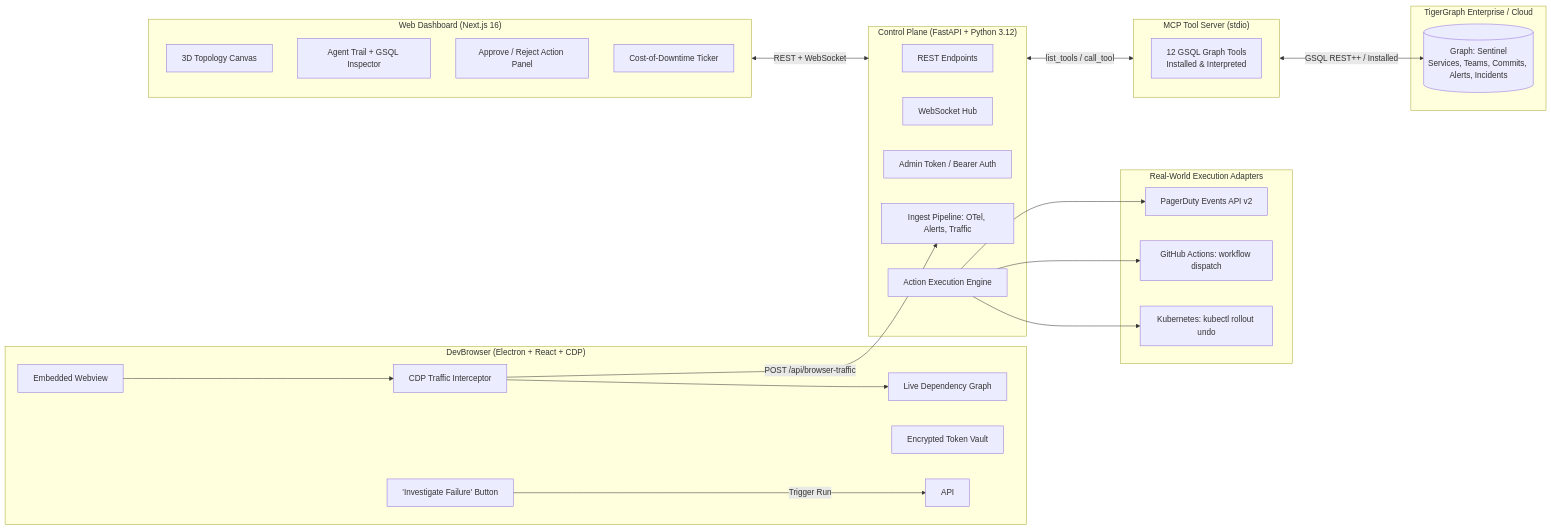
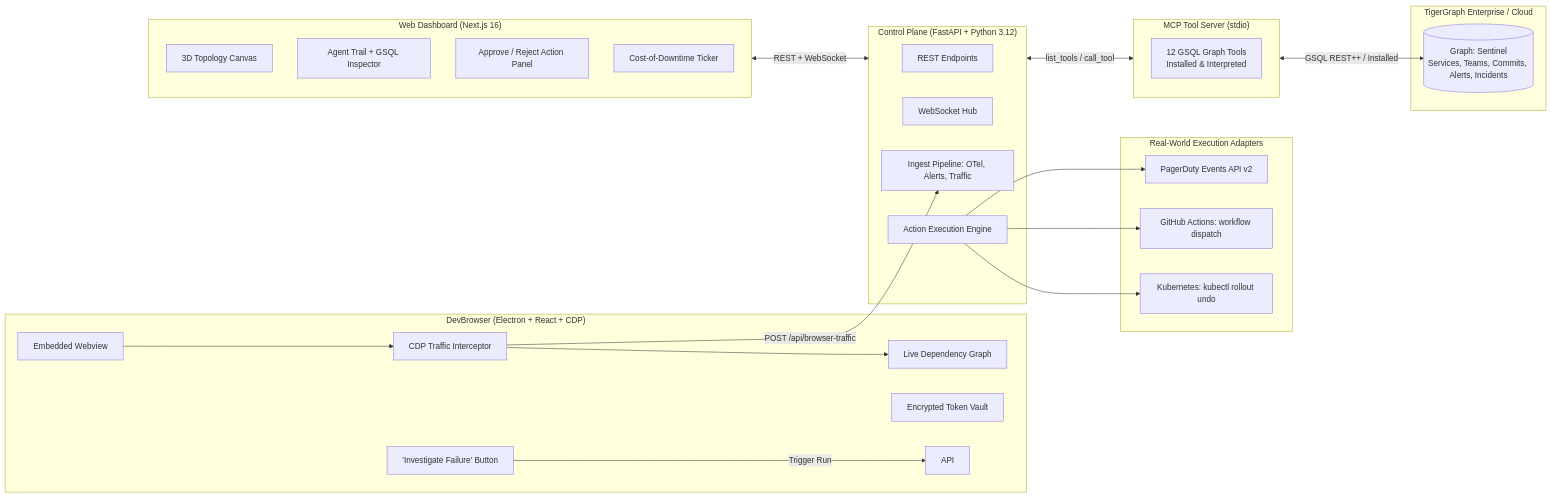
One commit to kalp-cg/graphxDevBrowser changed the second of 3 diagrams in README.md. Above: the diagram before and after it, drawn with Mermaid. The commit also changed other lines of this file and 59 other files, not shown here.

Commit message:
refactor: remove admin token requirement for sentinel graph and add codebase scan controls

````diff
--- a/README.md
+++ b/README.md
@@ -75,49 +74,48 @@
 ```mermaid
 flowchart LR
   subgraph DevClient["DevBrowser (Electron + React + CDP)"]
     WV[Embedded Webview]
     CDP[CDP Traffic Interceptor]
     DEP[Live Dependency Graph]
     INV["'Investigate Failure' Button"]
     VAULT[Encrypted Token Vault]
     WV --> CDP --> DEP
     INV -->|Trigger Run| API
   end
 
   subgraph NextUI["Web Dashboard (Next.js 16)"]
     CANVAS[3D Topology Canvas]
     TRAIL[Agent Trail + GSQL Inspector]
     ACTIONS[Approve / Reject Action Panel]
     TICKER[Cost-of-Downtime Ticker]
   end
 
   subgraph BackendAPI["Control Plane (FastAPI + Python 3.12)"]
     REST[REST Endpoints]
     WS[WebSocket Hub]
-    AUTH[Admin Token / Bearer Auth]
     INGEST[Ingest Pipeline: OTel, Alerts, Traffic]
     ACTION_ENG[Action Execution Engine]
   end
 
   subgraph MCPServer["MCP Tool Server (stdio)"]
     TOOLS[12 GSQL Graph Tools<br/>Installed & Interpreted]
   end
 
   subgraph Storage["TigerGraph Enterprise / Cloud"]
     GRAPH[(Graph: Sentinel<br/>Services, Teams, Commits, Alerts, Incidents)]
   end
 
   subgraph Remediation["Real-World Execution Adapters"]
     K8S_ADAPTER[Kubernetes: kubectl rollout undo]
     GH_ADAPTER[GitHub Actions: workflow dispatch]
     PD_ADAPTER[PagerDuty Events API v2]
   end
 
   CDP -->|POST /api/browser-traffic| INGEST
   NextUI <-->|REST + WebSocket| BackendAPI
   BackendAPI <-->|list_tools / call_tool| MCPServer
   MCPServer <-->|GSQL REST++ / Installed| GRAPH
   ACTION_ENG --> K8S_ADAPTER
   ACTION_ENG --> GH_ADAPTER
   ACTION_ENG --> PD_ADAPTER
 ```
````
